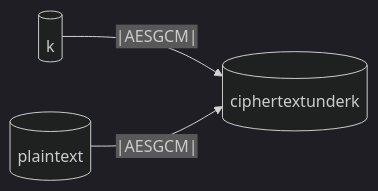
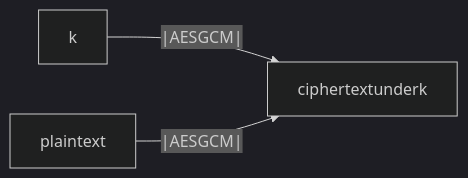
One commit to rfielding/whiskeyTango changed the second of 2 diagrams in README.md. Above: the diagram before and after it, drawn with Mermaid (dark theme).

Commit message:
update diagram

````diff
--- a/README.md
+++ b/README.md
@@ -94,8 +94,5 @@
 ```mermaid
 flowchart LR
-  k[(k)]
-  plaintext[(plaintext)]
-  ciphertextunderk[(ciphertextunderk)]
   k--|AESGCM|-->ciphertextunderk
   plaintext--|AESGCM|-->ciphertextunderk
 ```
````
